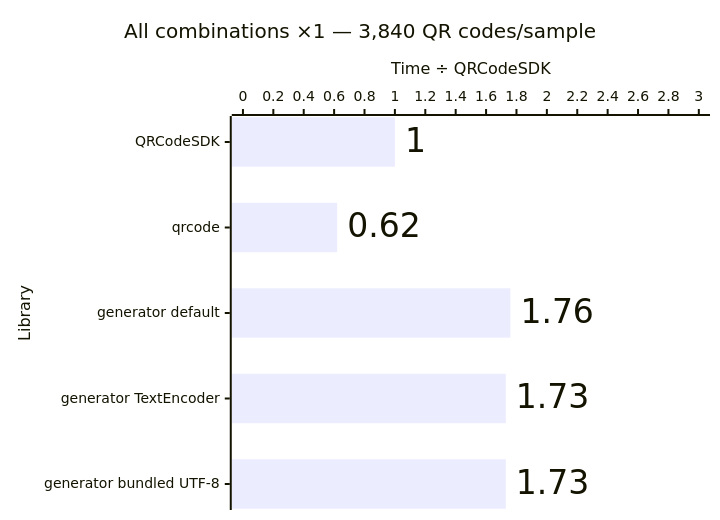
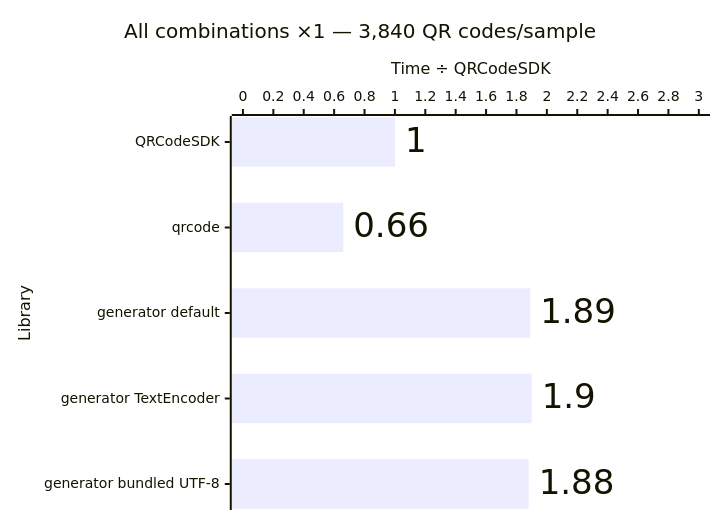
Diagram 12 of 12 in apps/docs/src/content/docs/advanced/performance.md (Dafnik/qrcodesdk), drawn with Mermaid before and after one commit. The commit also changed other lines of this file and 12 other files, not shown here.

````diff
--- a/apps/docs/src/content/docs/advanced/performance.md
+++ b/apps/docs/src/content/docs/advanced/performance.md
@@ -241,15 +241,15 @@
 ```mermaid
 ---
 config:
   xyChart:
     showDataLabel: true
     showDataLabelOutsideBar: true
 ---
 xychart horizontal
   accTitle: SVG generation: All combinations ×1 — 3,840 QR codes/sample
-  accDescr: Relative median time compared with QRCodeSDK. QRCodeSDK 1.00 times, qrcode 0.62 times, generator default 1.76 times, generator TextEncoder 1.73 times, generator bundled UTF-8 1.73 times. Lower is better.
+  accDescr: Relative median time compared with QRCodeSDK. QRCodeSDK 1.00 times, qrcode 0.66 times, generator default 1.89 times, generator TextEncoder 1.90 times, generator bundled UTF-8 1.88 times. Lower is better.
   title "All combinations ×1 — 3,840 QR codes/sample"
   x-axis "Library" ["QRCodeSDK", "qrcode", "generator default", "generator TextEncoder", "generator bundled UTF-8"]
   y-axis "Time ÷ QRCodeSDK" 0 --> 3.0
-  bar [1.00, 0.62, 1.76, 1.73, 1.73]
+  bar [1.00, 0.66, 1.89, 1.90, 1.88]
 ```
````
